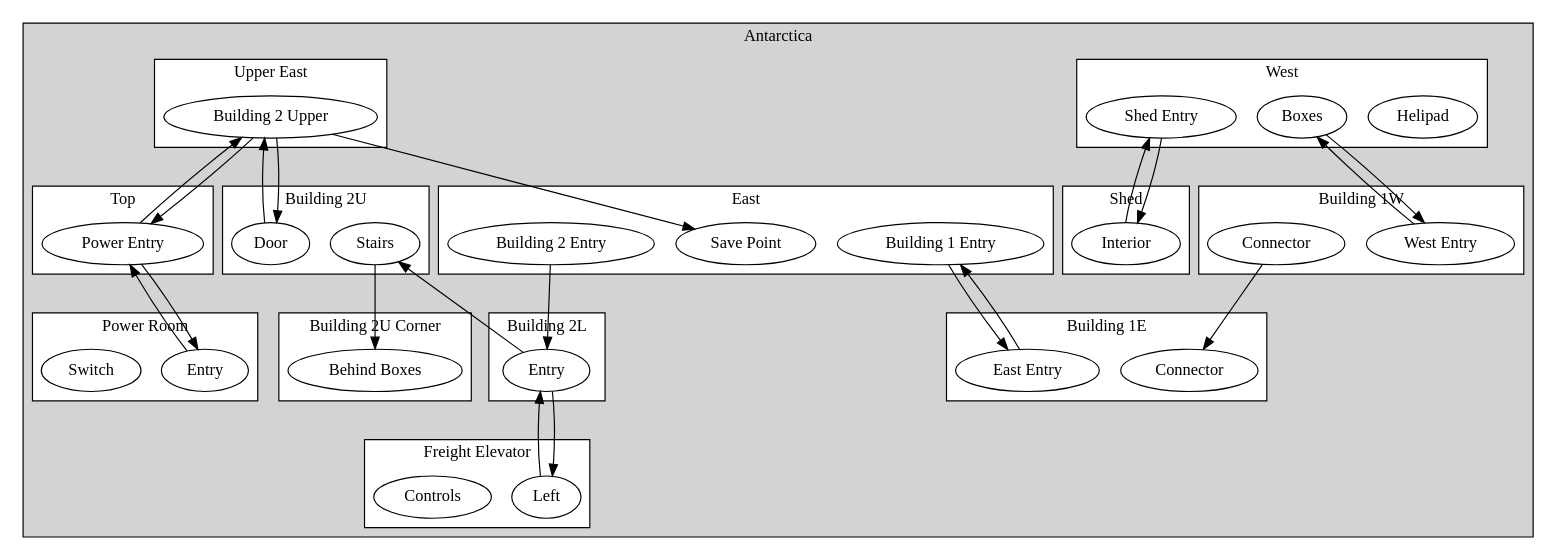
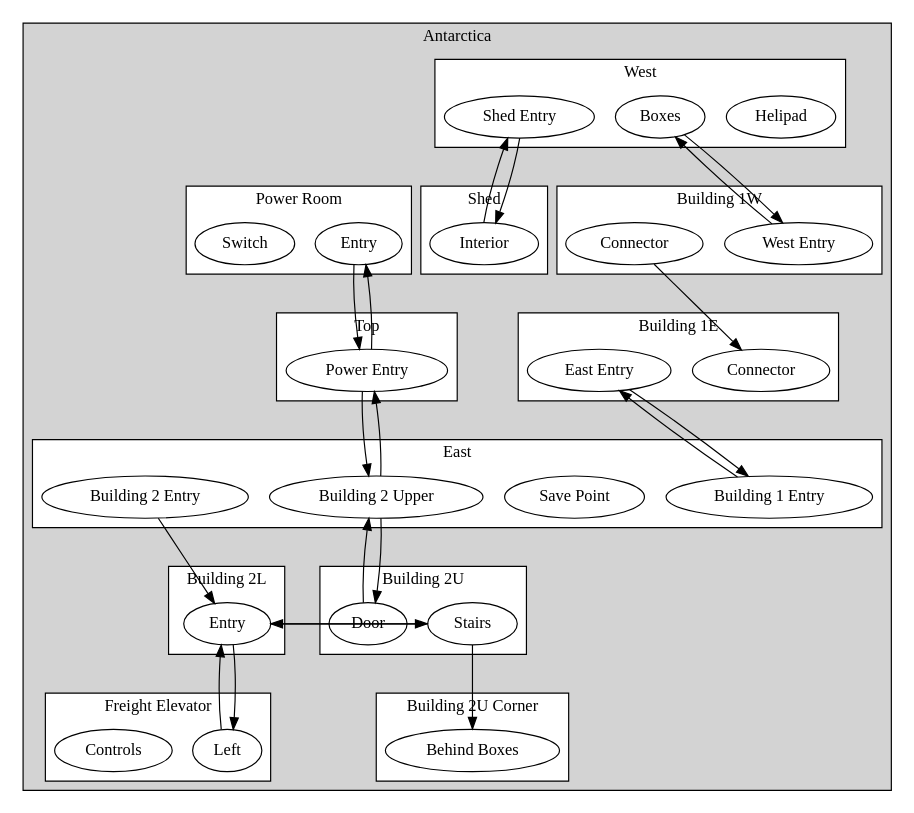
The diagram in games/AxiomVerge2/digraph.dot (Zannick/logic-graph), drawn with Graphviz before and after one commit. The commit also changed 6 other files, not shown here.

```diff
--- a/games/AxiomVerge2/digraph.dot
+++ b/games/AxiomVerge2/digraph.dot
@@ -1,96 +1,92 @@
 digraph AxiomVerge2 {
     splines=line;
     ranksep=1.0;
     subgraph cluster_Antarctica {
         subgraph cluster_Antarctica__West {
             Antarctica__West__Helipad [label = "Helipad"];
             Antarctica__West__Shed_Entry [label = "Shed Entry"];
             Antarctica__West__Boxes [label = "Boxes"];
             label = "West";
             bgcolor = "white";
         }
         subgraph cluster_Antarctica__Shed {
             Antarctica__Shed__Interior [label = "Interior"];
             label = "Shed";
             bgcolor = "white";
         }
         subgraph cluster_Antarctica__Building_1W {
             Antarctica__Building_1W__West_Entry [label = "West Entry"];
             Antarctica__Building_1W__Connector [label = "Connector"];
             label = "Building 1W";
             bgcolor = "white";
         }
         subgraph cluster_Antarctica__Building_1E {
             Antarctica__Building_1E__Connector [label = "Connector"];
             Antarctica__Building_1E__East_Entry [label = "East Entry"];
             label = "Building 1E";
             bgcolor = "white";
         }
         subgraph cluster_Antarctica__East {
             Antarctica__East__Building_1_Entry [label = "Building 1 Entry"];
             Antarctica__East__Save_Point [label = "Save Point"];
             Antarctica__East__Building_2_Entry [label = "Building 2 Entry"];
+            Antarctica__East__Building_2_Upper [label = "Building 2 Upper"];
             label = "East";
-            bgcolor = "white";
-        }
-        subgraph cluster_Antarctica__Upper_East {
-            Antarctica__Upper_East__Building_2_Upper [label = "Building 2 Upper"];
-            label = "Upper East";
             bgcolor = "white";
         }
         subgraph cluster_Antarctica__Building_2L {
             Antarctica__Building_2L__Entry [label = "Entry"];
             label = "Building 2L";
             bgcolor = "white";
         }
         subgraph cluster_Antarctica__Building_2U {
             Antarctica__Building_2U__Stairs [label = "Stairs"];
             Antarctica__Building_2U__Door [label = "Door"];
             label = "Building 2U";
             bgcolor = "white";
         }
         subgraph cluster_Antarctica__Building_2U_Corner {
             Antarctica__Building_2U_Corner__Behind_Boxes [label = "Behind Boxes"];
             label = "Building 2U Corner";
             bgcolor = "white";
         }
         subgraph cluster_Antarctica__Top {
             Antarctica__Top__Power_Entry [label = "Power Entry"];
             label = "Top";
             bgcolor = "white";
         }
         subgraph cluster_Antarctica__Power_Room {
             Antarctica__Power_Room__Entry [label = "Entry"];
             Antarctica__Power_Room__Switch [label = "Switch"];
             label = "Power Room";
             bgcolor = "white";
         }
         subgraph cluster_Antarctica__Freight_Elevator {
             Antarctica__Freight_Elevator__Left [label = "Left"];
             Antarctica__Freight_Elevator__Controls [label = "Controls"];
             label = "Freight Elevator";
             bgcolor = "white";
         }
         label = "Antarctica";
         bgcolor = "lightgrey";
     }
     Antarctica__West__Shed_Entry -> Antarctica__Shed__Interior;
     Antarctica__West__Boxes -> Antarctica__Building_1W__West_Entry;
     Antarctica__Shed__Interior -> Antarctica__West__Shed_Entry;
     Antarctica__Building_1W__West_Entry -> Antarctica__West__Boxes;
     Antarctica__Building_1W__Connector -> Antarctica__Building_1E__Connector;
     Antarctica__Building_1E__East_Entry -> Antarctica__East__Building_1_Entry;
     Antarctica__East__Building_1_Entry -> Antarctica__Building_1E__East_Entry;
     Antarctica__East__Building_2_Entry -> Antarctica__Building_2L__Entry;
-    Antarctica__Upper_East__Building_2_Upper -> Antarctica__Building_2U__Door;
-    Antarctica__Upper_East__Building_2_Upper -> Antarctica__Top__Power_Entry;
-    Antarctica__Upper_East__Building_2_Upper -> Antarctica__East__Save_Point;
+    Antarctica__East__Building_2_Upper -> Antarctica__Building_2U__Door;
+    Antarctica__East__Building_2_Upper -> Antarctica__Top__Power_Entry;
     Antarctica__Building_2L__Entry -> Antarctica__Building_2U__Stairs;
     Antarctica__Building_2L__Entry -> Antarctica__Freight_Elevator__Left;
     Antarctica__Building_2U__Stairs -> Antarctica__Building_2U_Corner__Behind_Boxes;
-    Antarctica__Building_2U__Door -> Antarctica__Upper_East__Building_2_Upper;
+    Antarctica__Building_2U__Stairs -> Antarctica__Building_2L__Entry;
+    Antarctica__Building_2U__Door -> Antarctica__East__Building_2_Upper;
     Antarctica__Top__Power_Entry -> Antarctica__Power_Room__Entry;
-    Antarctica__Top__Power_Entry -> Antarctica__Upper_East__Building_2_Upper;
+    Antarctica__Top__Power_Entry -> Antarctica__East__Building_2_Upper;
     Antarctica__Power_Room__Entry -> Antarctica__Top__Power_Entry;
     Antarctica__Freight_Elevator__Left -> Antarctica__Building_2L__Entry;
 }
```
